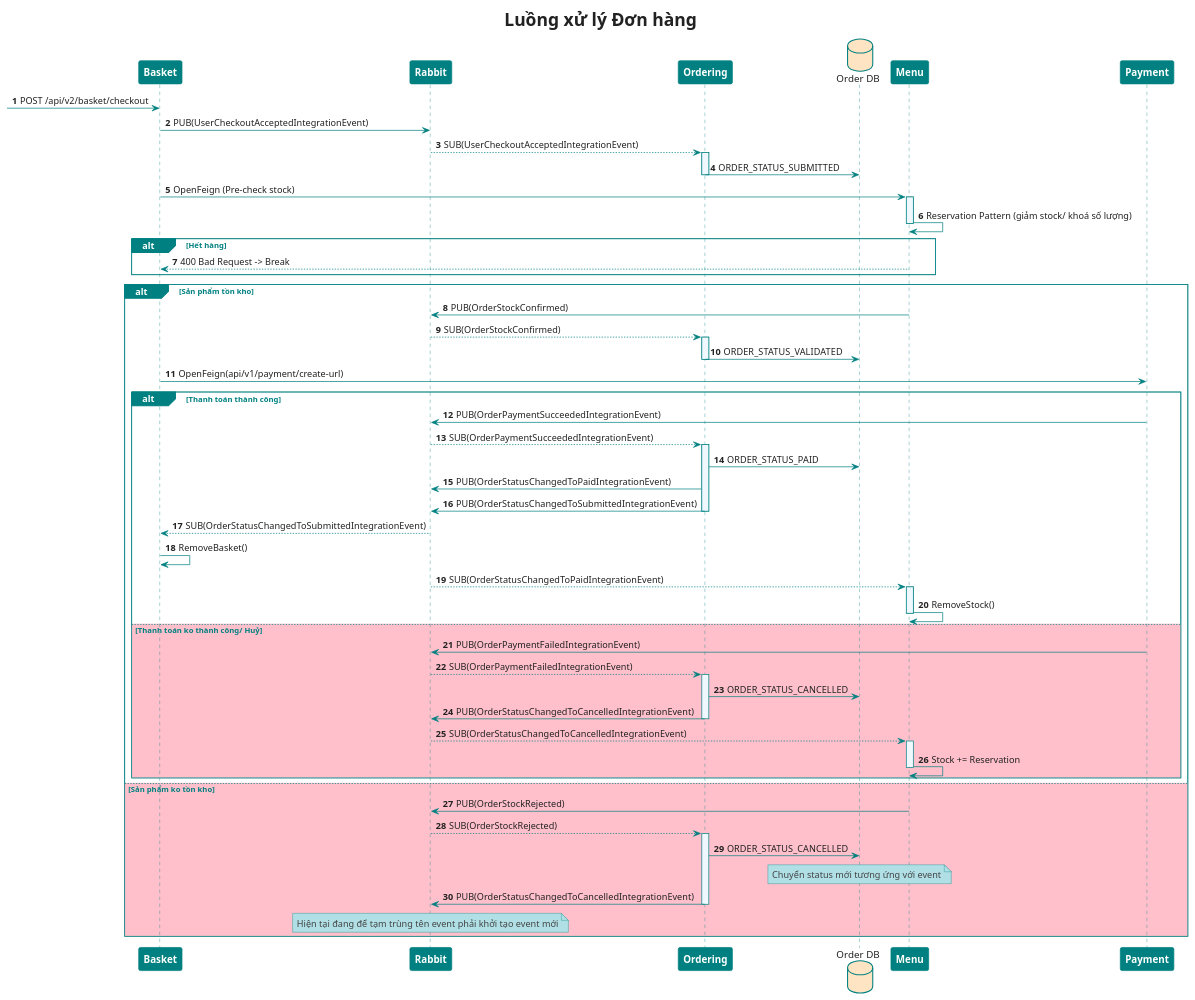
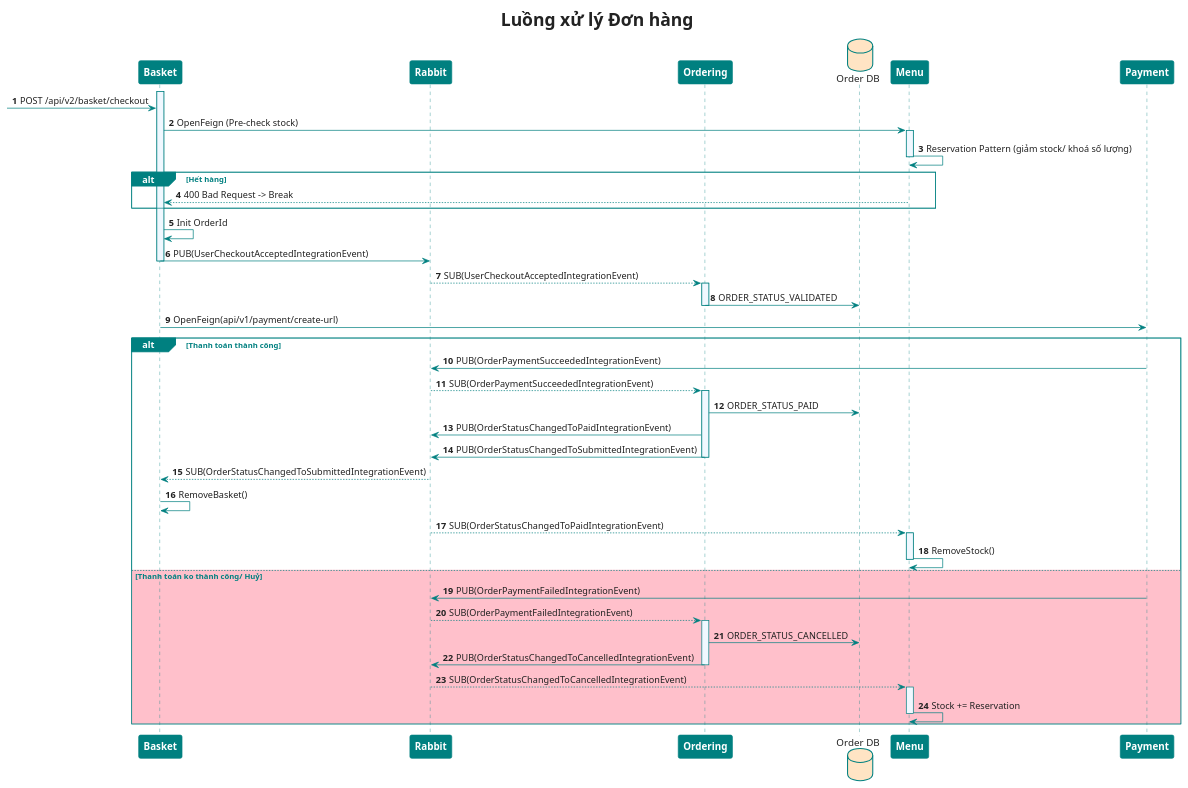
One commit to MinhTrinh04/Beef-Restaurant changed the diagram in Backend/SEQ/Order/ResolvingOrderV2.1.puml. Above: the diagram before and after it, drawn with PlantUML.

```diff
--- a/Backend/SEQ/Order/ResolvingOrderV2.1.puml
+++ b/Backend/SEQ/Order/ResolvingOrderV2.1.puml
@@ -1,113 +1,102 @@
 @startuml
 'https://plantuml.com/sequence-diagram
 skinparam shadowing false
 skinparam responseMessageBelowArrow false
 skinparam DefaultFontColor #222
 skinparam TitleFontSize 25
 skinparam NoteBorderColor #teal
 skinparam NoteBackgroundColor #powderblue
 skinparam NoteFontColor 444
 skinparam DatabaseBorderColor #teal
 skinparam DatabaseBackgroundColor #bisque
 skinparam sequence {
 ParticipantBorderThickness 1
 ParticipantBorderColor #teal
 ParticipantBackgroundColor #teal
 ParticipantFontColor #white
 ParticipantFontSize 14
 ParticipantFontStyle bold
 LifeLineBorderColor #teal
 LifeLineBackgroundColor #aliceblue
 ArrowColor #teal
 ActorBorderColor #teal
 GroupBorderThickness 1
 GroupBorderColor #teal
 GroupHeaderFontColor #white
 GroupBackgroundColor #teal
 GroupFontColor #teal
 ReferenceBorderThickness 1
 ReferenceBorderColor #teal
 ReferenceBackgroundColor #aliceblue
 ReferenceHeaderBackgroundColor #white
 ReferenceFontColor #teal
 }
 autonumber
 
 title Luồng xử lý Đơn hàng
 
 participant "Basket" as Basket
 participant "Rabbit" as MQ
 participant "Ordering" as OPE
 database "Order DB" as DB
 participant "Menu" as Menu
 participant "Payment" as Payment
 
     -> Basket: POST /api/v2/basket/checkout
+        Basket -> Menu: OpenFeign (Pre-check stock)
+            activate Menu
+                Menu -> Menu: Reservation Pattern (giảm stock/ khoá số lượng)
+            deactivate Menu
+        alt Hết hàng
+        Menu --> Basket: 400 Bad Request -> Break
+        end
+        activate Basket
+        Basket -> Basket: Init OrderId
+
         Basket -> MQ: PUB(UserCheckoutAcceptedIntegrationEvent)
+        deactivate Basket
         MQ --> OPE: SUB(UserCheckoutAcceptedIntegrationEvent)
         activate OPE
-            OPE -> DB: ORDER_STATUS_SUBMITTED
+            OPE -> DB: ORDER_STATUS_VALIDATED
         deactivate OPE
 
-    Basket -> Menu: OpenFeign (Pre-check stock)
-        activate Menu
-            Menu -> Menu: Reservation Pattern (giảm stock/ khoá số lượng)
-        deactivate Menu
-    alt Hết hàng
-    Menu --> Basket: 400 Bad Request -> Break
-    end
 
-alt Sản phẩm tồn kho
-    Menu -> MQ: PUB(OrderStockConfirmed)
-    MQ --> OPE: SUB(OrderStockConfirmed)
-    activate OPE
-        OPE -> DB: ORDER_STATUS_VALIDATED
 
-    deactivate OPE
+
+
         Basket -> Payment: OpenFeign(api/v1/payment/create-url)
 
 
     alt Thanh toán thành công
         Payment -> MQ: PUB(OrderPaymentSucceededIntegrationEvent)
         MQ --> OPE: SUB(OrderPaymentSucceededIntegrationEvent)
         activate OPE
             OPE -> DB: ORDER_STATUS_PAID
             OPE -> MQ: PUB(OrderStatusChangedToPaidIntegrationEvent)
             OPE -> MQ: PUB(OrderStatusChangedToSubmittedIntegrationEvent)
         deactivate OPE
             MQ --> Basket: SUB(OrderStatusChangedToSubmittedIntegrationEvent)
         Basket -> Basket: RemoveBasket()
         MQ --> Menu: SUB(OrderStatusChangedToPaidIntegrationEvent)
         activate Menu
             Menu -> Menu: RemoveStock()
         deactivate Menu
 
 
     else #Pink Thanh toán ko thành công/ Huỷ
     Payment -> MQ: PUB(OrderPaymentFailedIntegrationEvent)
     MQ--> OPE: SUB(OrderPaymentFailedIntegrationEvent)
     activate OPE
         OPE -> DB: ORDER_STATUS_CANCELLED
         OPE -> MQ: PUB(OrderStatusChangedToCancelledIntegrationEvent)
     deactivate OPE
         MQ--> Menu: SUB(OrderStatusChangedToCancelledIntegrationEvent)
         activate Menu
             Menu -> Menu: Stock += Reservation
         deactivate Menu
     end
 
-else #Pink Sản phẩm ko tồn kho
-    Menu -> MQ: PUB(OrderStockRejected)
-    MQ --> OPE: SUB(OrderStockRejected)
-    activate OPE
-        OPE -> DB: ORDER_STATUS_CANCELLED
-        note over DB: Chuyển status mới tương ứng với event
 
-        OPE -> MQ: PUB(OrderStatusChangedToCancelledIntegrationEvent)
-    deactivate OPE
 
-    note over MQ: Hiện tại đang để tạm trùng tên event phải khởi tạo event mới
-
-end
 
 @enduml
```
